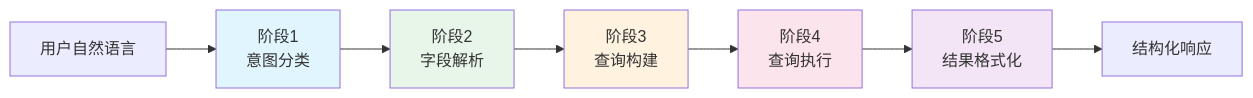
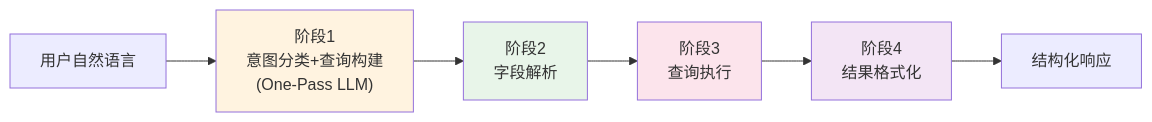
The first of 4 diagrams in docs/specs/14-nl-to-query-pipeline-spec.md (Forrest219/mulan-bi-platform), drawn with Mermaid before and after one commit. The commit also changed other lines of this file and 14 other files, not shown here.

First line of the commit message:
feat: 实现知识库模块 + 优化 NL-to-Query 流水线(One-Pass LLM)

````diff
--- a/docs/specs/14-nl-to-query-pipeline-spec.md
+++ b/docs/specs/14-nl-to-query-pipeline-spec.md
@@ -64,16 +66,14 @@
 ```mermaid
 flowchart LR
-    A["阶段1<br/>意图分类"] --> B["阶段2<br/>字段解析"]
-    B --> C["阶段3<br/>查询构建"]
-    C --> D["阶段4<br/>查询执行"]
-    D --> E["阶段5<br/>结果格式化"]
+    A["阶段1<br/>意图分类+查询构建<br/>(One-Pass LLM)"] --> B["阶段2<br/>字段解析"]
+    B --> C["阶段3<br/>查询执行"]
+    C --> D["阶段4<br/>结果格式化"]
 
     A1["用户自然语言"] --> A
-    E --> E1["结构化响应"]
+    D --> D1["结构化响应"]
 
-    style A fill:#e1f5fe
+    style A fill:#fff3e0
     style B fill:#e8f5e9
-    style C fill:#fff3e0
-    style D fill:#fce4ec
-    style E fill:#f3e5f5
+    style C fill:#fce4ec
+    style D fill:#f3e5f5
 ```
````
